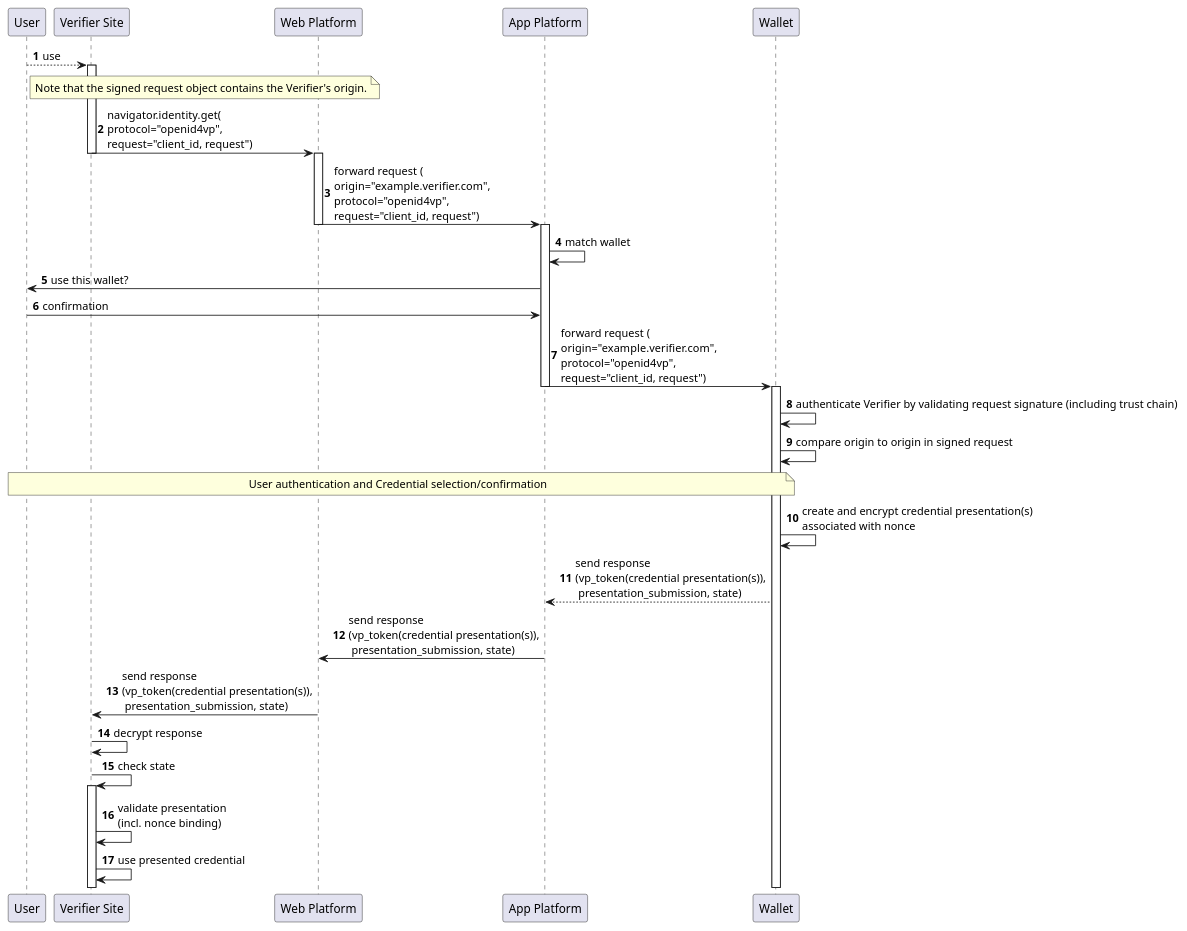
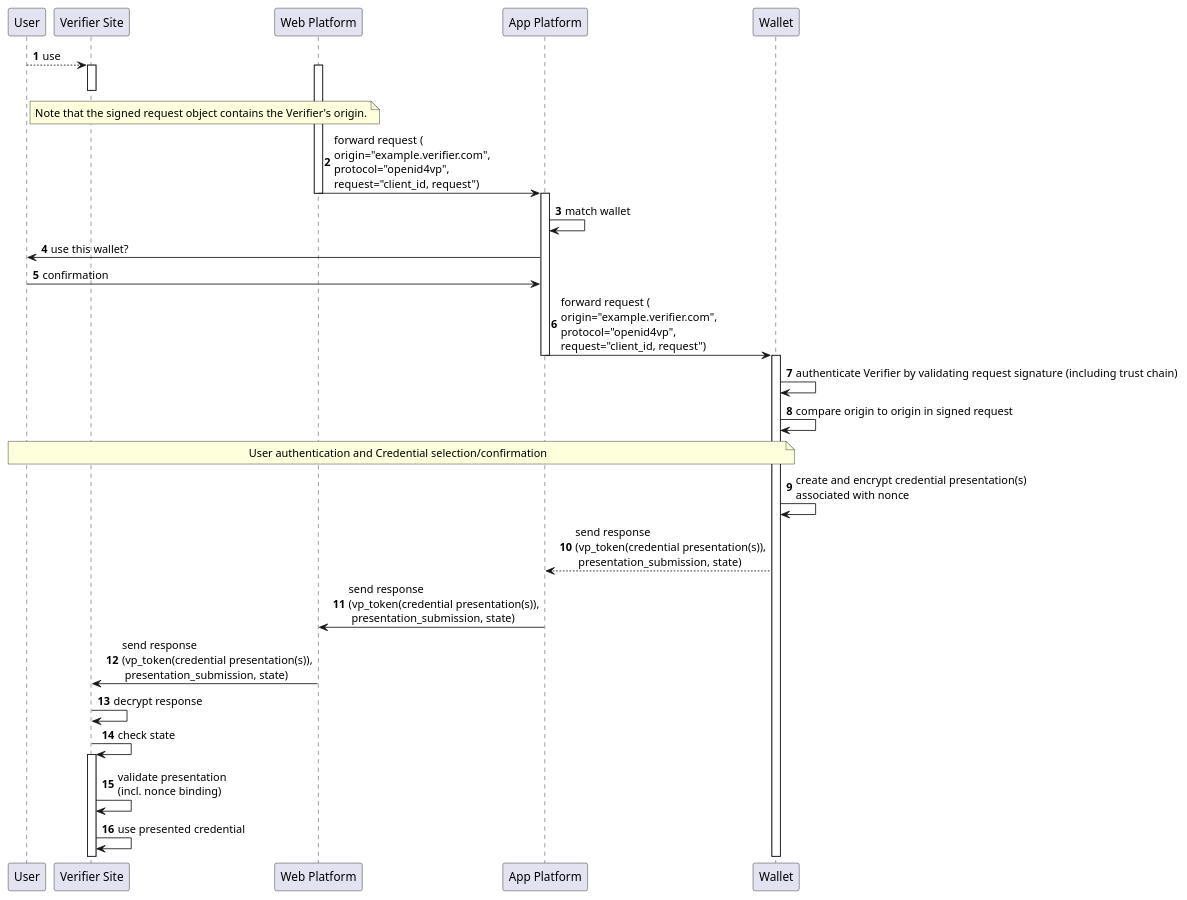
The diagram in diagrams/signed_request_uri_through_browser_api.plantuml (openid/OpenID4VP), drawn with PlantUML before and after one commit. The commit also changed 2 other files, not shown here.

Commit message:
Remove API usage from diagrams

```diff
--- a/diagrams/signed_request_uri_through_browser_api.plantuml
+++ b/diagrams/signed_request_uri_through_browser_api.plantuml
@@ -2,52 +2,51 @@
 @startuml
 
 autonumber
 
 participant "User" as u
 
 participant "Verifier Site" as r
 
 participant "Web Platform" as wp
 
 participant "App Platform" as ap
 
 participant "Wallet" as w
 
 u --> r : use
 activate r
 
 note over r,wp
     Note that the signed request object contains the Verifier's origin.
 end note
-r -> wp: navigator.identity.get(\nprotocol="openid4vp",\nrequest="client_id, request")
 
 deactivate r
 activate wp
 
 wp -> ap: forward request (\norigin="example.verifier.com",\nprotocol="openid4vp",\nrequest="client_id, request")
 deactivate wp
 activate ap
 
 ap -> ap: match wallet
 ap -> u: use this wallet?
 u -> ap: confirmation
 
 ap -> w: forward request (\norigin="example.verifier.com",\nprotocol="openid4vp",\nrequest="client_id, request")
 deactivate ap
 
 activate w
 w -> w: authenticate Verifier by validating request signature (including trust chain)
 w -> w: compare origin to origin in signed request
 
 note over u, w: User authentication and Credential selection/confirmation
 
 w -> w: create and encrypt credential presentation(s) \nassociated with nonce
 w --> ap: send response \n(vp_token(credential presentation(s)),\n presentation_submission, state)
 ap -> wp: send response \n(vp_token(credential presentation(s)),\n presentation_submission, state)
 wp -> r: send response \n(vp_token(credential presentation(s)),\n presentation_submission, state)
 r -> r: decrypt response
 r -> r: check state
 activate r
 r -> r: validate presentation \n(incl. nonce binding)
 r -> r: use presented credential 
 @enduml
```
